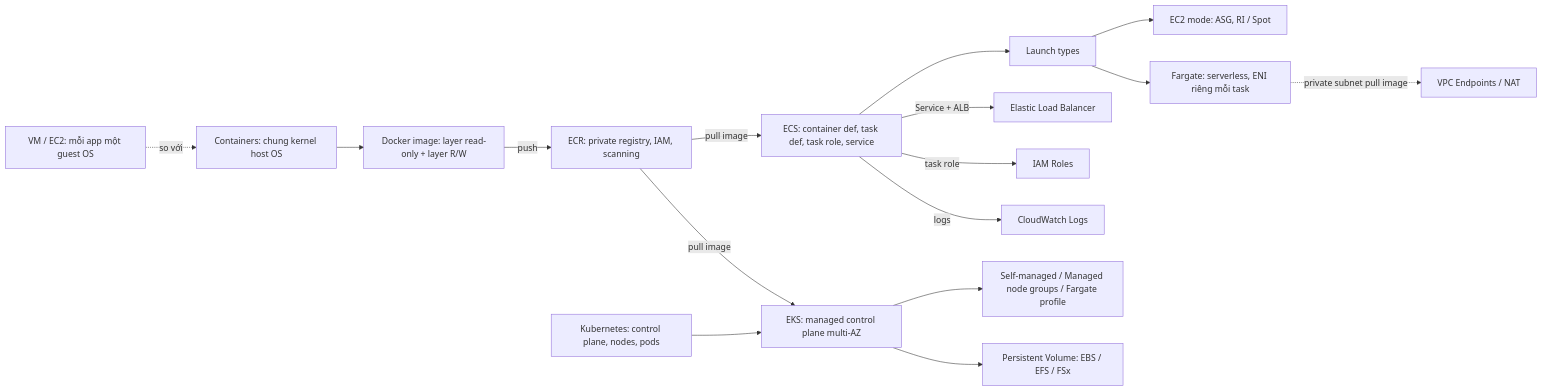
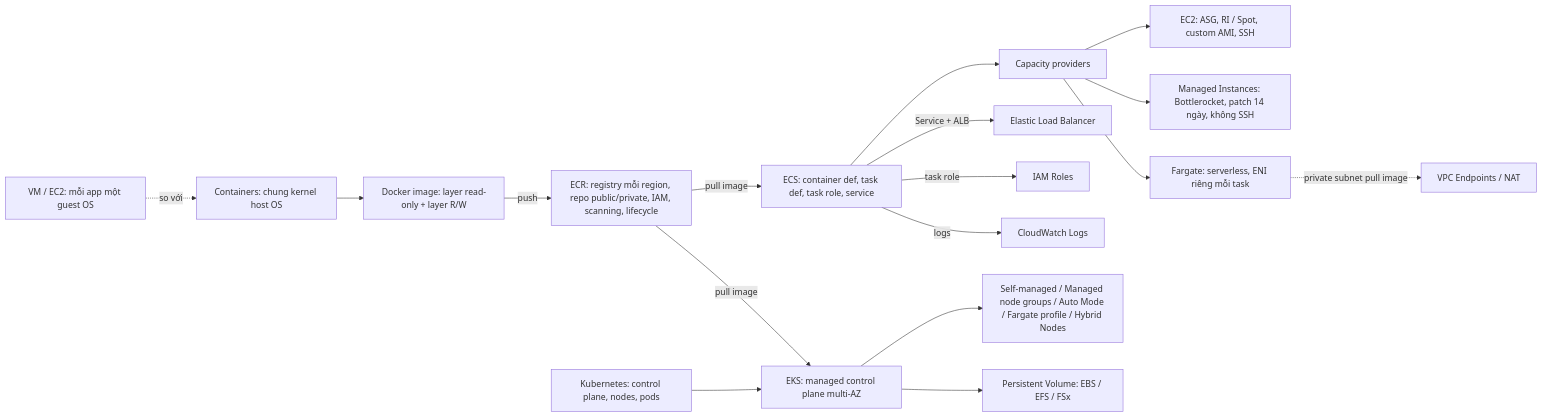
The diagram in data/08 Containers/_MOC 08 Containers.md (hairbui76/aws-saa-c03), drawn with Mermaid before and after one commit. The commit also changed other lines of this file and 44 other files, not shown here.

````diff
--- a/data/08 Containers/_MOC 08 Containers.md
+++ b/data/08 Containers/_MOC 08 Containers.md
@@ -20,18 +20,19 @@
 ```mermaid
 flowchart LR
   VM["VM / EC2: mỗi app một guest OS"] -.->|"so với"| CT["Containers: chung kernel host OS"]
   CT --> IMG["Docker image: layer read-only + layer R/W"]
-  IMG -->|"push"| ECR["ECR: private registry, IAM, scanning"]
+  IMG -->|"push"| ECR["ECR: registry mỗi region, repo public/private, IAM, scanning, lifecycle"]
   ECR -->|"pull image"| ECS["ECS: container def, task def, task role, service"]
   ECR -->|"pull image"| EKS["EKS: managed control plane multi-AZ"]
-  ECS --> LT["Launch types"]
-  LT --> EC2M["EC2 mode: ASG, RI / Spot"]
+  ECS --> LT["Capacity providers"]
+  LT --> EC2M["EC2: ASG, RI / Spot, custom AMI, SSH"]
+  LT --> MI["Managed Instances: Bottlerocket, patch 14 ngày, không SSH"]
   LT --> FG["Fargate: serverless, ENI riêng mỗi task"]
   K8S["Kubernetes: control plane, nodes, pods"] --> EKS
-  EKS --> NODES["Self-managed / Managed node groups / Fargate profile"]
+  EKS --> NODES["Self-managed / Managed node groups / Auto Mode / Fargate profile / Hybrid Nodes"]
   EKS --> PV["Persistent Volume: EBS / EFS / FSx"]
   ECS -->|"Service + ALB"| ELB["Elastic Load Balancer"]
   ECS -->|"task role"| IAMR["IAM Roles"]
   ECS -->|"logs"| CWL["CloudWatch Logs"]
   FG -.->|"private subnet pull image"| VPCE["VPC Endpoints / NAT"]
 ```
````
